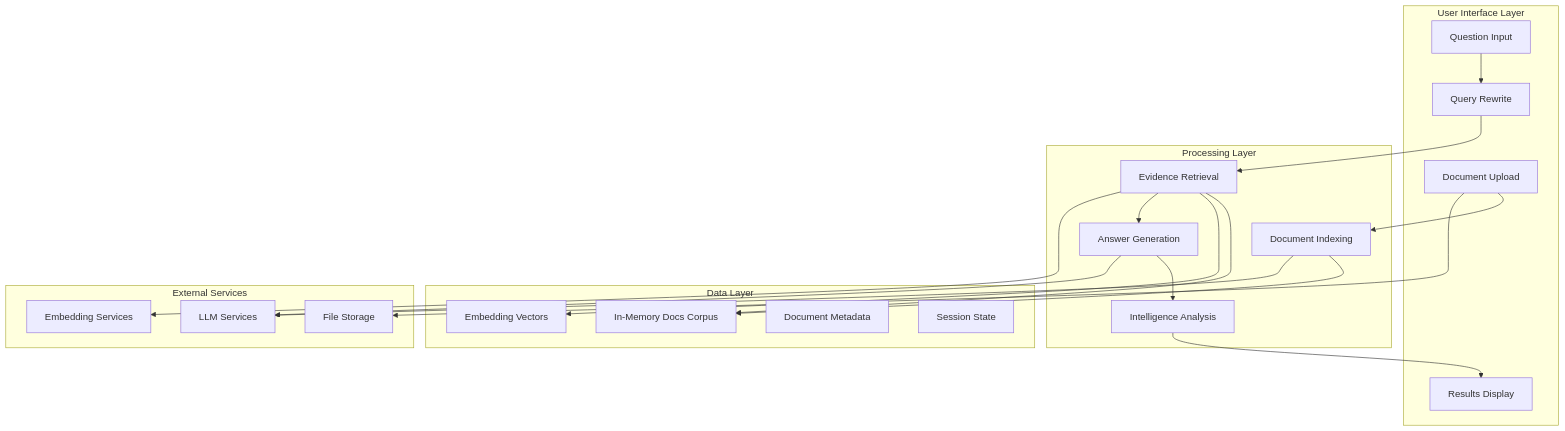
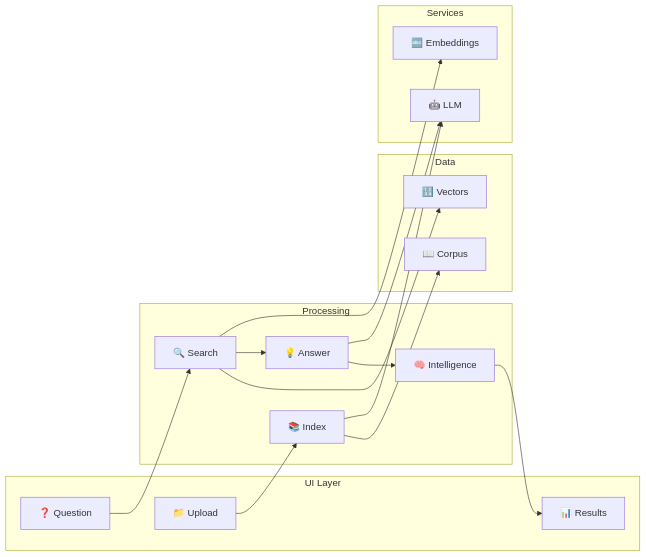
The first of 18 diagrams in docs/DEVELOPER.md (usathyan/paper-qa-ui), drawn with Mermaid before and after one commit. The commit also changed other lines of this file, not shown here.

First line of the commit message:
Simplify High-Level System Architecture mermaid diagram

````diff
--- a/docs/DEVELOPER.md
+++ b/docs/DEVELOPER.md
@@ -66,44 +28,37 @@
 ```mermaid
-graph TB
-    subgraph "User Interface Layer"
-        UPLOAD[Document Upload]
-        QUERY[Question Input]
-        REWRITE[Query Rewrite]
-        DISPLAY[Results Display]
+graph LR
+    subgraph "UI Layer"
+        UPLOAD[📁 Upload]
+        QUERY[❓ Question]
+        DISPLAY[📊 Results]
     end
     
-    subgraph "Processing Layer"
-        INDEX[Document Indexing]
-        SEARCH[Evidence Retrieval]
-        ANSWER[Answer Generation]
-        INTELL[Intelligence Analysis]
+    subgraph "Processing"
+        INDEX[📚 Index]
+        SEARCH[🔍 Search]
+        ANSWER[💡 Answer]
+        INTELL[🧠 Intelligence]
     end
     
-    subgraph "Data Layer"
-        CORPUS[In-Memory Docs Corpus]
-        VECTORS[Embedding Vectors]
-        METADATA[Document Metadata]
-        SESSION[Session State]
+    subgraph "Data"
+        CORPUS[📖 Corpus]
+        VECTORS[🔢 Vectors]
     end
     
-    subgraph "External Services"
-        LLM_SVC[LLM Services]
-        EMB_SVC[Embedding Services]
-        STORAGE[File Storage]
+    subgraph "Services"
+        LLM[🤖 LLM]
+        EMB[🔤 Embeddings]
     end
     
     UPLOAD --> INDEX
+    QUERY --> SEARCH
     INDEX --> CORPUS
-    QUERY --> REWRITE
-    REWRITE --> SEARCH
-    SEARCH --> CORPUS
     SEARCH --> VECTORS
     SEARCH --> ANSWER
     ANSWER --> INTELL
     INTELL --> DISPLAY
     
-    INDEX --> LLM_SVC
-    SEARCH --> EMB_SVC
-    ANSWER --> LLM_SVC
-    UPLOAD --> STORAGE
+    INDEX --> LLM
+    SEARCH --> EMB
+    ANSWER --> LLM
 ```
````
